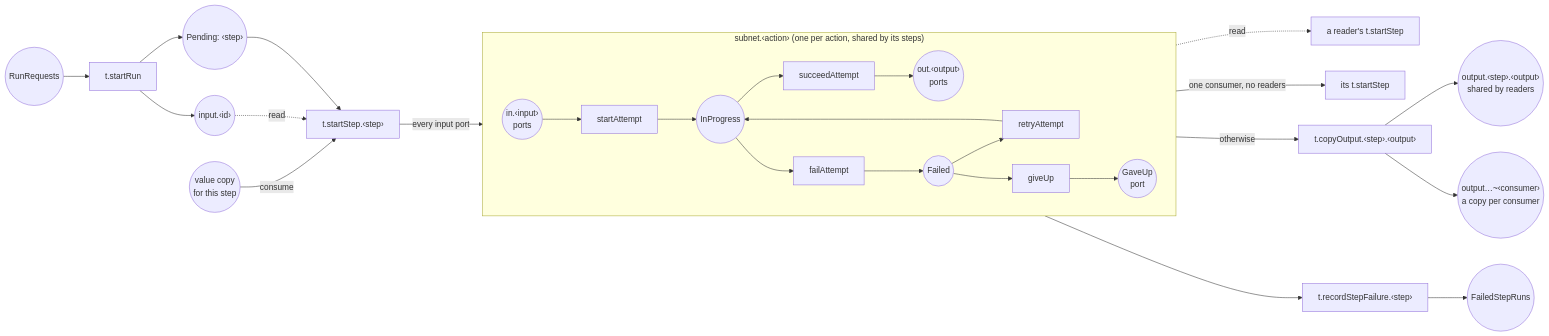
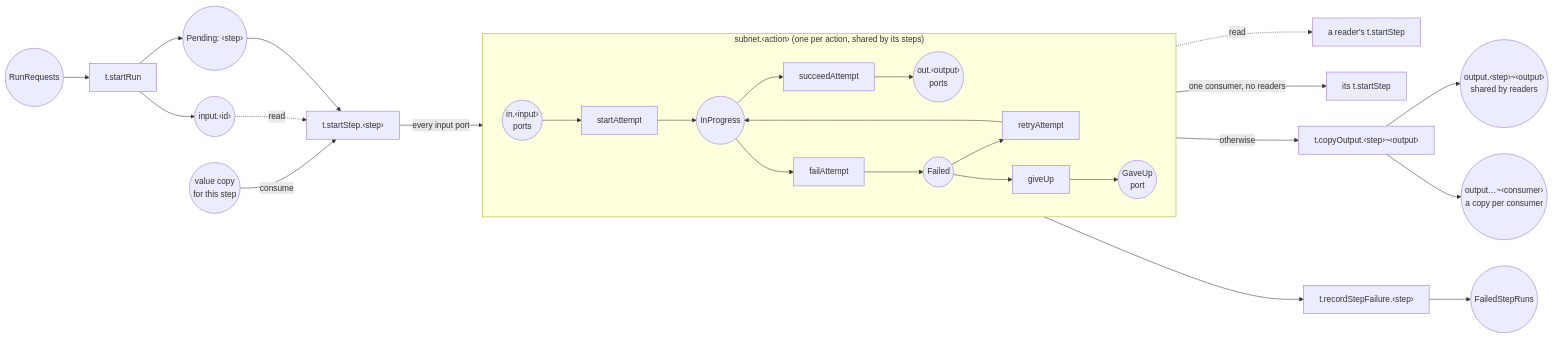
The second of 3 diagrams in libs/@local/flow-petri-net/README.md (hashintel/hash), drawn with Mermaid before and after one commit. The commit also changed other lines of this file and 4 other files, not shown here.

Commit message:
Separate a step id from its output's name with the step run id separator, and name each value's place by its key, so no two outputs share a place or a name

````diff
--- a/libs/@local/flow-petri-net/README.md
+++ b/libs/@local/flow-petri-net/README.md
@@ -52,33 +52,33 @@
 ```mermaid
 flowchart LR
   runRequests(("RunRequests")) --> startRun["t.startRun"]
   startRun --> inputPlace(("input.‹id›"))
   startRun --> pending(("Pending: ‹step›"))
 
   pending --> startStep["t.startStep.‹step›"]
   inputPlace -. read .-> startStep
   upstreamCopy(("value copy<br/>for this step")) -- consume --> startStep
 
   subgraph subnet ["subnet.‹action› (one per action, shared by its steps)"]
     direction LR
     inPorts(("in.‹input›<br/>ports")) --> startAttempt["startAttempt"]
     startAttempt --> inProgress(("InProgress"))
     inProgress --> succeedAttempt["succeedAttempt"]
     succeedAttempt --> outPorts(("out.‹output›<br/>ports"))
     inProgress --> failAttempt["failAttempt"]
     failAttempt --> failed(("Failed"))
     failed --> retryAttempt["retryAttempt"]
     retryAttempt --> inProgress
     failed --> giveUp["giveUp"]
     giveUp --> gaveUp(("GaveUp<br/>port"))
   end
 
   startStep -- every input port --> inPorts
   outPorts -. read .-> reader["a reader's t.startStep"]
   outPorts -- "one consumer, no readers" --> consumer["its t.startStep"]
-  outPorts -- "otherwise" --> copy["t.copyOutput.‹step›.‹output›"]
-  copy --> shared(("output.‹step›.‹output›<br/>shared by readers"))
+  outPorts -- "otherwise" --> copy["t.copyOutput.‹step›~‹output›"]
+  copy --> shared(("output.‹step›~‹output›<br/>shared by readers"))
   copy --> copies(("output…~‹consumer›<br/>a copy per consumer"))
   gaveUp --> recordStepFailure["t.recordStepFailure.‹step›"]
   recordStepFailure --> failedStepRuns(("FailedStepRuns"))
 ```
````
